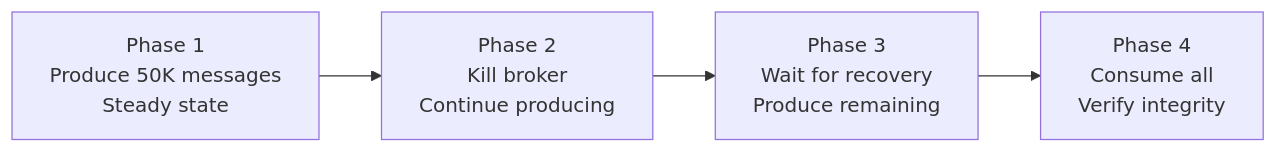
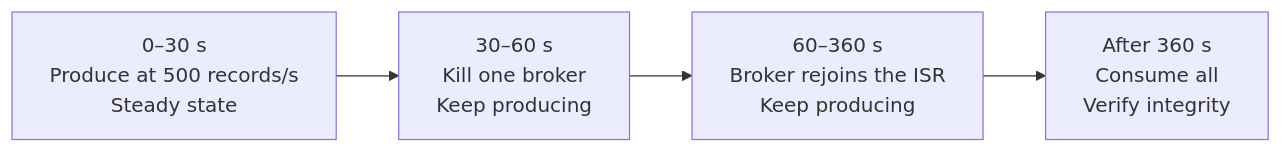
One commit to actions-marketplace-validations/bmscomp_kates changed the first of 3 diagrams in docs/tutorials/04-integrity-under-fire.md. Above: the diagram before and after it, drawn with Mermaid. The commit also changed other lines of this file and 5 other files, not shown here.

Commit message:
docs(book): integrity under chaos as one rate-limited resilience run (#197)

````diff
--- a/docs/tutorials/04-integrity-under-fire.md
+++ b/docs/tutorials/04-integrity-under-fire.md
@@ -77,4 +97,4 @@
 ```mermaid
 graph LR
-    P1["Phase 1<br/>Produce 50K messages<br/>Steady state"] --> P2["Phase 2<br/>Kill broker<br/>Continue producing"] --> P3["Phase 3<br/>Wait for recovery<br/>Produce remaining"] --> P4["Phase 4<br/>Consume all<br/>Verify integrity"]
+    P1["0–30 s<br/>Produce at 500 records/s<br/>Steady state"] --> P2["30–60 s<br/>Kill one broker<br/>Keep producing"] --> P3["60–360 s<br/>Broker rejoins the ISR<br/>Keep producing"] --> P4["After 360 s<br/>Consume all<br/>Verify integrity"]
 ```
````
